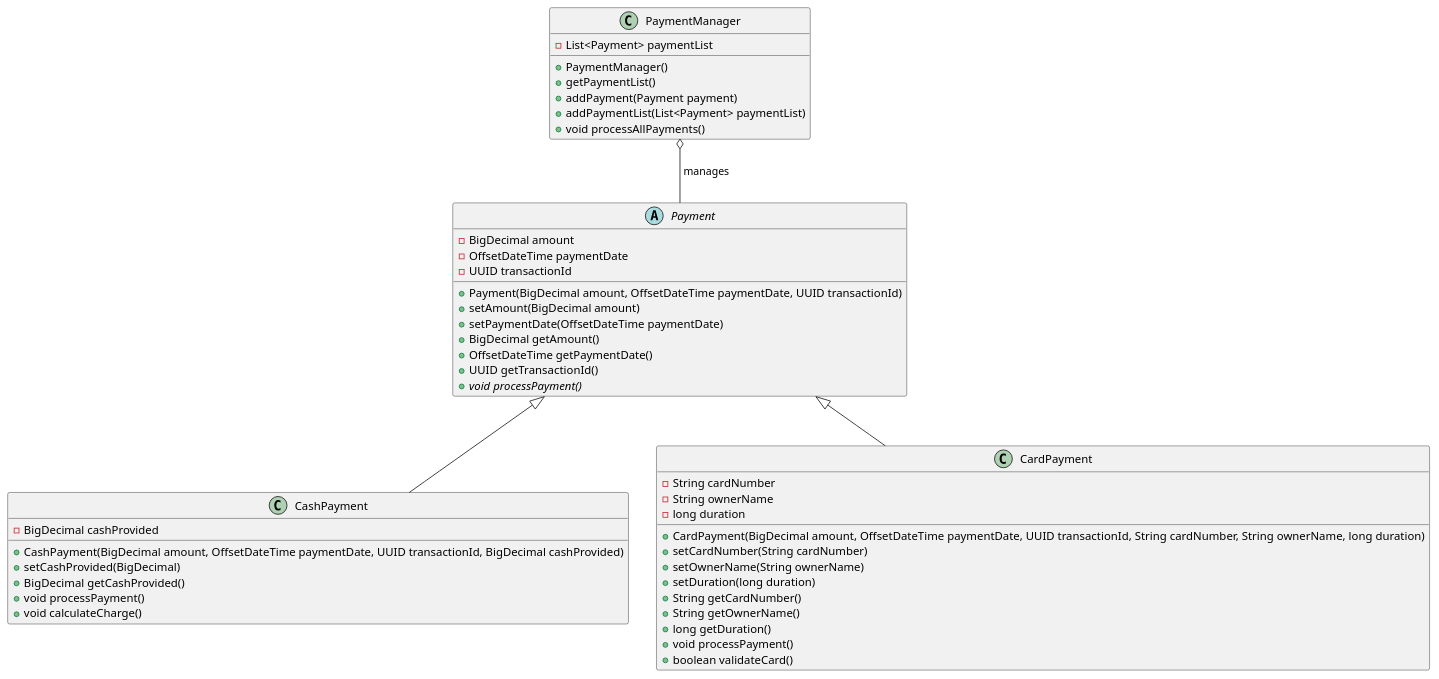
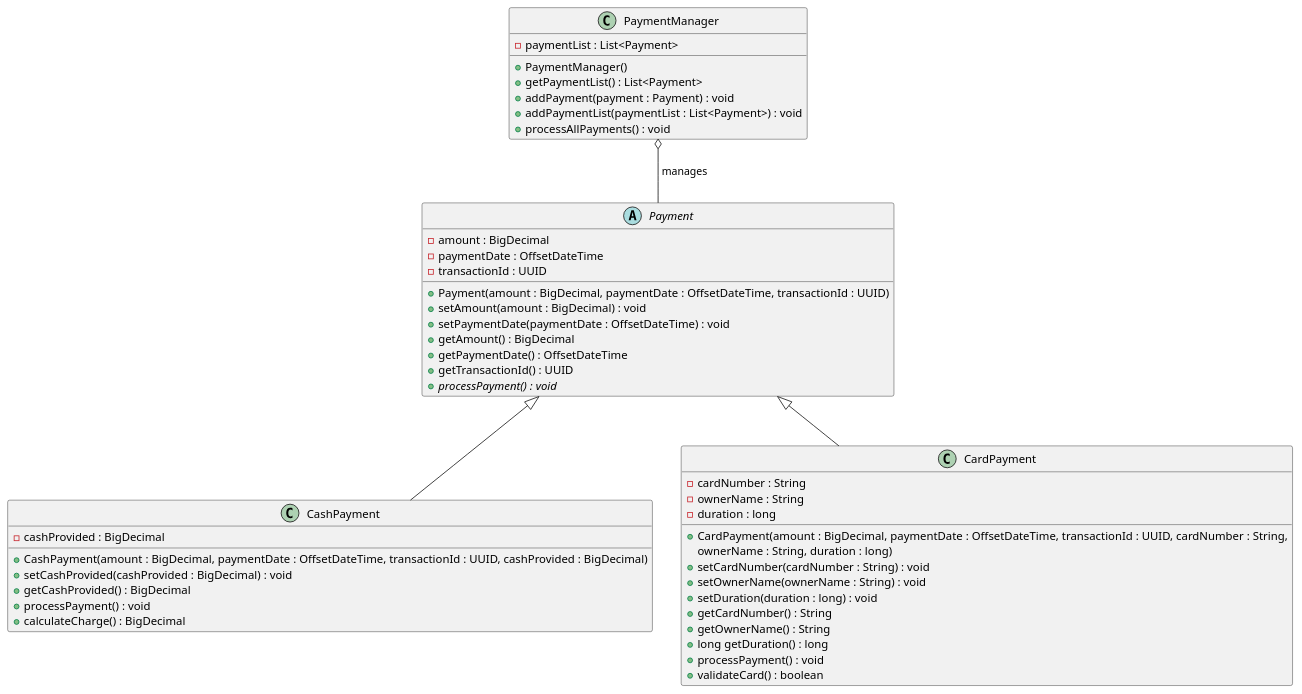
One commit to asinichenkova/t1-uml changed the diagram in class/01/first.puml. Above: the diagram before and after it, drawn with PlantUML.

Commit message:
Исправлен стиль указания форматов атрибутов

```diff
--- a/class/01/first.puml
+++ b/class/01/first.puml
@@ -1,49 +1,50 @@
 @startuml
 PaymentManager o-down- Payment : " manages"
 
 abstract class Payment {
-    -BigDecimal amount
-    -OffsetDateTime paymentDate
-    -UUID transactionId
-    +Payment(BigDecimal amount, OffsetDateTime paymentDate, UUID transactionId)
-    +setAmount(BigDecimal amount)
-    +setPaymentDate(OffsetDateTime paymentDate)
-    +BigDecimal getAmount()
-    +OffsetDateTime getPaymentDate()
-    +UUID getTransactionId()
-    +{abstract} void processPayment()
+    -amount : BigDecimal
+    -paymentDate : OffsetDateTime
+    -transactionId : UUID
+    +Payment(amount : BigDecimal, paymentDate : OffsetDateTime, transactionId : UUID)
+    +setAmount(amount : BigDecimal) : void
+    +setPaymentDate(paymentDate : OffsetDateTime) : void
+    +getAmount() : BigDecimal
+    +getPaymentDate() : OffsetDateTime
+    +getTransactionId() : UUID
+    +{abstract} processPayment() : void
 }
 
 class CashPayment extends Payment {
-    -BigDecimal cashProvided
-    +CashPayment(BigDecimal amount, OffsetDateTime paymentDate, UUID transactionId, BigDecimal cashProvided)
-    +setCashProvided(BigDecimal)
-    +BigDecimal getCashProvided()
-    +void processPayment()
-    +void calculateCharge()
+    -cashProvided : BigDecimal
+    +CashPayment(amount : BigDecimal, paymentDate : OffsetDateTime, transactionId : UUID, cashProvided : BigDecimal)
+    +setCashProvided(cashProvided : BigDecimal) : void
+    +getCashProvided() : BigDecimal
+    +processPayment() : void
+    +calculateCharge() : BigDecimal
 }
 
 class CardPayment extends Payment {
-    -String cardNumber
-    -String ownerName
-    -long duration
-    +CardPayment(BigDecimal amount, OffsetDateTime paymentDate, UUID transactionId, String cardNumber, String ownerName, long duration)
-    +setCardNumber(String cardNumber)
-    +setOwnerName(String ownerName)
-    +setDuration(long duration)
-    +String getCardNumber()
-    +String getOwnerName()
-    +long getDuration()
-    +void processPayment()
-    +boolean validateCard()
+    -cardNumber : String
+    -ownerName : String
+    -duration : long
+    +CardPayment(amount : BigDecimal, paymentDate : OffsetDateTime, transactionId : UUID, cardNumber : String,
+    ownerName : String, duration : long)
+    +setCardNumber(cardNumber : String) : void
+    +setOwnerName(ownerName : String) : void
+    +setDuration(duration : long) : void
+    +getCardNumber() : String
+    +getOwnerName() : String
+    +long getDuration() : long
+    +processPayment() : void
+    +validateCard() : boolean
 }
 
 class PaymentManager {
-    -List<Payment> paymentList
+    -paymentList : List<Payment>
     +PaymentManager()
-    +getPaymentList()
-    +addPayment(Payment payment)
-    +addPaymentList(List<Payment> paymentList)
-    +void processAllPayments()
+    +getPaymentList() : List<Payment>
+    +addPayment(payment : Payment) : void
+    +addPaymentList(paymentList : List<Payment>) : void
+    +processAllPayments() : void
 }
 @enduml
```
